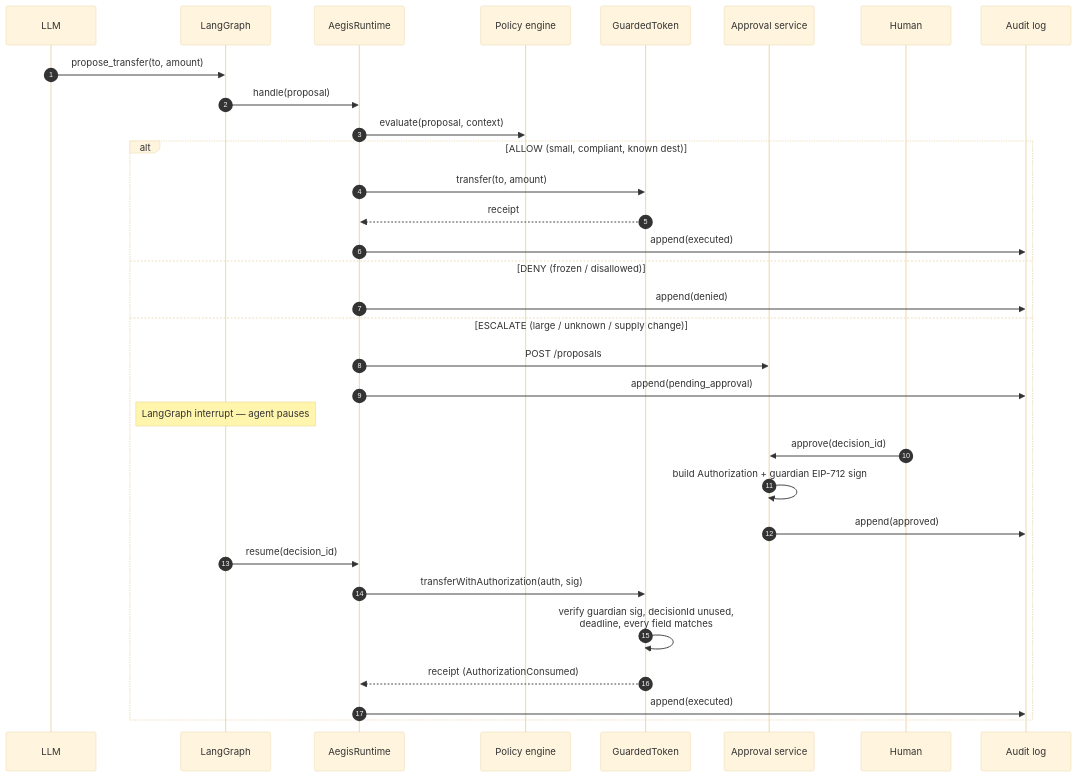
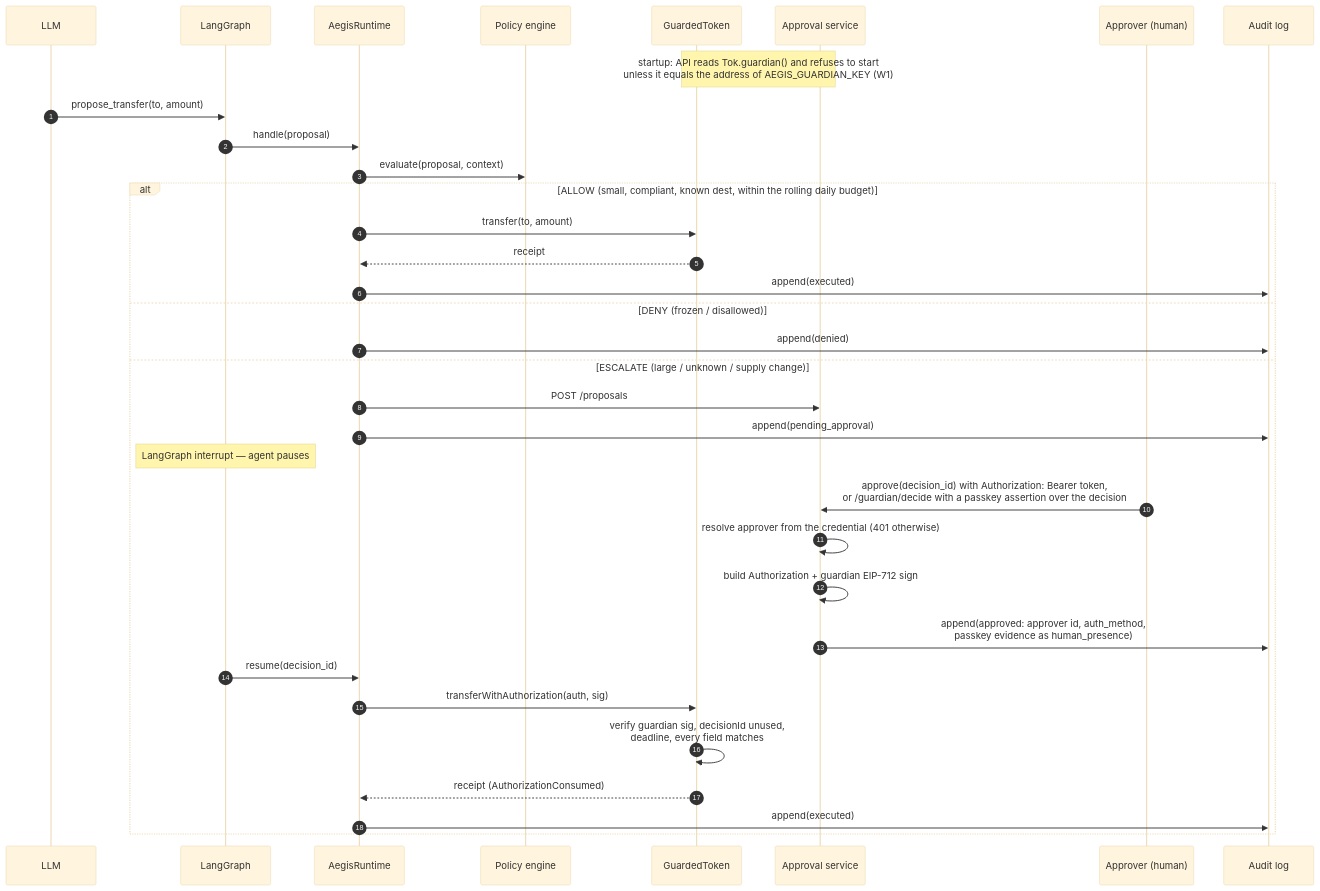
One commit to rajatwasan/aegis changed the second of 2 diagrams in docs/architecture.md. Above: the diagram before and after it, drawn with Mermaid (base theme). The commit also changed other lines of this file and 8 other files, not shown here.

````diff
--- a/docs/architecture.md
+++ b/docs/architecture.md
@@ -107,35 +112,37 @@
 ```mermaid
 sequenceDiagram
     autonumber
     participant LLM
     participant Graph as LangGraph
     participant RT as AegisRuntime
     participant Pol as Policy engine
     participant Tok as GuardedToken
     participant API as Approval service
-    participant H as Human
+    participant H as Approver (human)
     participant Log as Audit log
 
+    Note over API,Tok: startup: API reads Tok.guardian() and refuses to start<br/>unless it equals the address of AEGIS_GUARDIAN_KEY (W1)
     LLM->>Graph: propose_transfer(to, amount)
     Graph->>RT: handle(proposal)
     RT->>Pol: evaluate(proposal, context)
-    alt ALLOW (small, compliant, known dest)
+    alt ALLOW (small, compliant, known dest, within the rolling daily budget)
         RT->>Tok: transfer(to, amount)
         Tok-->>RT: receipt
         RT->>Log: append(executed)
     else DENY (frozen / disallowed)
         RT->>Log: append(denied)
     else ESCALATE (large / unknown / supply change)
         RT->>API: POST /proposals
         RT->>Log: append(pending_approval)
         Note over Graph: LangGraph interrupt — agent pauses
-        H->>API: approve(decision_id)
+        H->>API: approve(decision_id) with Authorization: Bearer token,<br/>or /guardian/decide with a passkey assertion over the decision
+        API->>API: resolve approver from the credential (401 otherwise)
         API->>API: build Authorization + guardian EIP-712 sign
-        API->>Log: append(approved)
+        API->>Log: append(approved: approver id, auth_method,<br/>passkey evidence as human_presence)
         Graph->>RT: resume(decision_id)
         RT->>Tok: transferWithAuthorization(auth, sig)
         Tok->>Tok: verify guardian sig, decisionId unused,<br/>deadline, every field matches
         Tok-->>RT: receipt (AuthorizationConsumed)
         RT->>Log: append(executed)
     end
 ```
````
